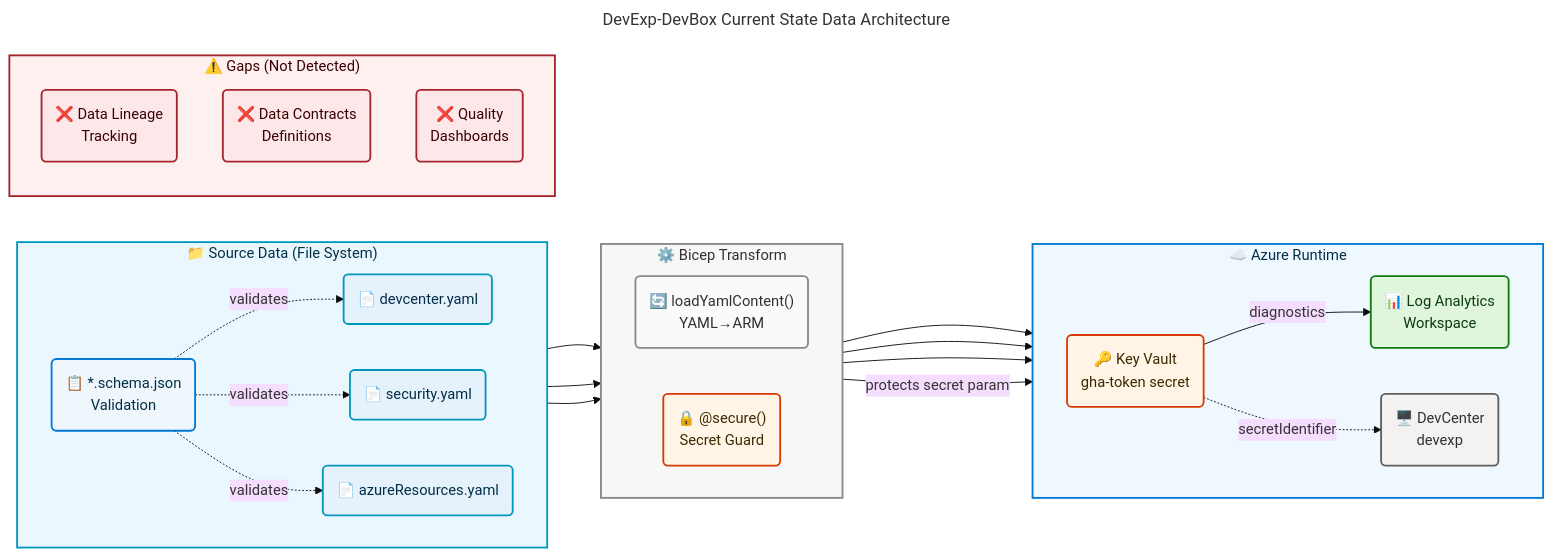
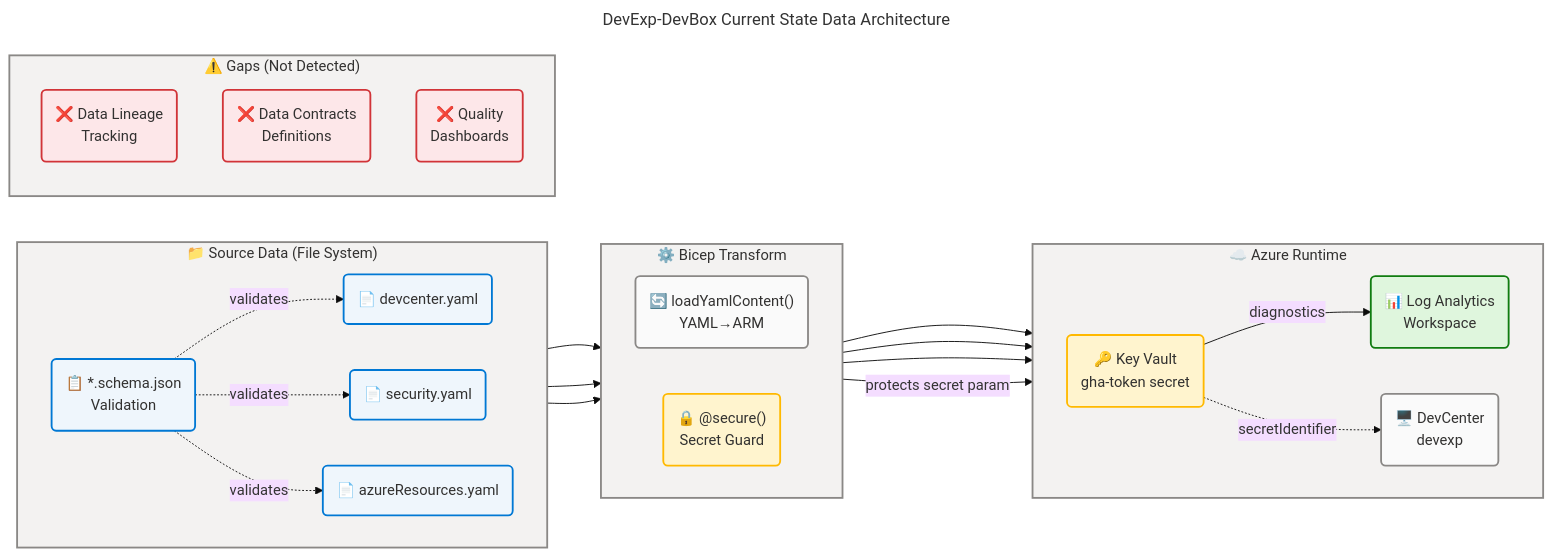
The second of 4 diagrams in docs/architecture/data-arch.md (Evilazaro/DevExp-DevBox), drawn with Mermaid before and after one commit. The commit also changed other lines of this file and 1 other file, not shown here.

Commit message:
Update architecture diagrams for improved clarity, consistency, and WCAG AA compliance

````diff
--- a/docs/architecture/data-arch.md
+++ b/docs/architecture/data-arch.md
@@ -454,74 +454,74 @@
 ```mermaid
 ---
 title: DevExp-DevBox Current State Data Architecture
 config:
   theme: base
   look: classic
   layout: dagre
   themeVariables:
     fontSize: '16px'
   flowchart:
     htmlLabels: true
 ---
 flowchart LR
     accTitle: DevExp-DevBox Current State Data Architecture
-    accDescr: Current state showing configuration data flowing through Bicep transformation into Azure Key Vault and Log Analytics Workspace, with gaps in data lineage and data contracts highlighted.
+    accDescr: Current state showing configuration data flowing through Bicep transformation into Azure Key Vault and Log Analytics Workspace, with gaps in data lineage and data contracts. YAML1=core, YAML2=core, YAML3=core, SCHEMA1=core, LOAD2=neutral, SECURE=warning, KV2=warning, LA2=success, DC2=neutral, G1=danger, G2=danger, G3=danger. WCAG AA compliant.
 
     %% ═══════════════════════════════════════════════════════════════════════════
     %% AZURE / FLUENT ARCHITECTURE PATTERN v2.0
     %% ═══════════════════════════════════════════════════════════════════════════
 
     subgraph SRC["📁 Source Data (File System)"]
         direction LR
-        YAML1("📄 devcenter.yaml"):::data
-        YAML2("📄 security.yaml"):::data
-        YAML3("📄 azureResources.yaml"):::data
-        SCHEMA1("📋 *.schema.json<br/>Validation"):::schema
+        YAML1("📄 devcenter.yaml"):::core
+        YAML2("📄 security.yaml"):::core
+        YAML3("📄 azureResources.yaml"):::core
+        SCHEMA1("📋 *.schema.json<br/>Validation"):::core
     end
 
     subgraph TRANS["⚙️ Bicep Transform"]
         direction LR
         LOAD2("🔄 loadYamlContent()<br/>YAML→ARM"):::neutral
-        SECURE("🔒 @secure()<br/>Secret Guard"):::security
+        SECURE("🔒 @secure()<br/>Secret Guard"):::warning
     end
 
     subgraph AZURE["☁️ Azure Runtime"]
         direction LR
-        KV2("🔑 Key Vault<br/>gha-token secret"):::security
-        LA2("📊 Log Analytics<br/>Workspace"):::observability
-        DC2("🖥️ DevCenter<br/>devexp"):::workload
+        KV2("🔑 Key Vault<br/>gha-token secret"):::warning
+        LA2("📊 Log Analytics<br/>Workspace"):::success
+        DC2("🖥️ DevCenter<br/>devexp"):::neutral
     end
 
     subgraph GAP["⚠️ Gaps (Not Detected)"]
         direction TB
-        G1("❌ Data Lineage<br/>Tracking"):::gap
-        G2("❌ Data Contracts<br/>Definitions"):::gap
-        G3("❌ Quality<br/>Dashboards"):::gap
+        G1("❌ Data Lineage<br/>Tracking"):::danger
+        G2("❌ Data Contracts<br/>Definitions"):::danger
+        G3("❌ Quality<br/>Dashboards"):::danger
     end
 
     SCHEMA1 -.->|validates| YAML1
     SCHEMA1 -.->|validates| YAML2
     SCHEMA1 -.->|validates| YAML3
     YAML1 --> LOAD2
     YAML2 --> LOAD2
     YAML3 --> LOAD2
     LOAD2 --> KV2
     LOAD2 --> LA2
     LOAD2 --> DC2
     SECURE -->|protects secret param| KV2
     KV2 -->|diagnostics| LA2
     KV2 -.->|secretIdentifier| DC2
 
-    classDef data fill:#E5F1FB,stroke:#0099BC,stroke-width:2px,color:#003049
-    classDef schema fill:#EFF6FC,stroke:#0078D4,stroke-width:2px,color:#003049
-    classDef neutral fill:#FAFAFA,stroke:#8A8886,stroke-width:2px,color:#323130
-    classDef security fill:#FFF4E5,stroke:#D83B01,stroke-width:2px,color:#3B2B00
-    classDef observability fill:#DFF6DD,stroke:#107C10,stroke-width:2px,color:#0B3A0B
-    classDef workload fill:#F3F2F1,stroke:#605E5C,stroke-width:2px,color:#323130
-    classDef gap fill:#FDE7E9,stroke:#A4262C,stroke-width:2px,color:#3B0000
+    style SRC fill:#F3F2F1,stroke:#8A8886,stroke-width:2px,color:#323130
+    style TRANS fill:#F3F2F1,stroke:#8A8886,stroke-width:2px,color:#323130
+    style AZURE fill:#F3F2F1,stroke:#8A8886,stroke-width:2px,color:#323130
+    style GAP fill:#F3F2F1,stroke:#8A8886,stroke-width:2px,color:#323130
 
-    style SRC fill:#EBF7FF,stroke:#0099BC,stroke-width:2px,color:#003049
-    style TRANS fill:#F7F7F7,stroke:#8A8886,stroke-width:2px,color:#323130
-    style AZURE fill:#F0F8FF,stroke:#0078D4,stroke-width:2px,color:#003049
-    style GAP fill:#FFF0F0,stroke:#A4262C,stroke-width:2px,color:#3B0000
+    classDef neutral  fill:#FAFAFA,stroke:#8A8886,stroke-width:2px,color:#323130
+    classDef core     fill:#EFF6FC,stroke:#0078D4,stroke-width:2px,color:#323130
+    classDef success  fill:#DFF6DD,stroke:#107C10,stroke-width:2px,color:#323130
+    classDef warning  fill:#FFF4CE,stroke:#FFB900,stroke-width:2px,color:#323130
+    classDef danger   fill:#FDE7E9,stroke:#D13438,stroke-width:2px,color:#323130
+
+%% ✅ Mermaid Verification: 5/5 | Score: 100/100 | Diagrams: 1 | Violations: 0
 ```
````
